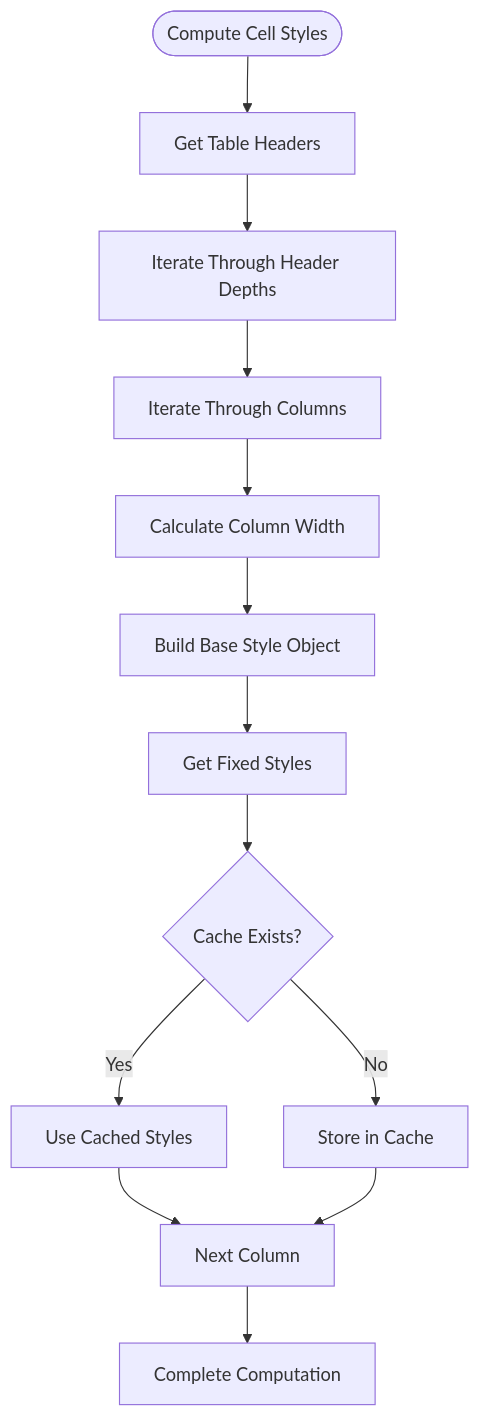
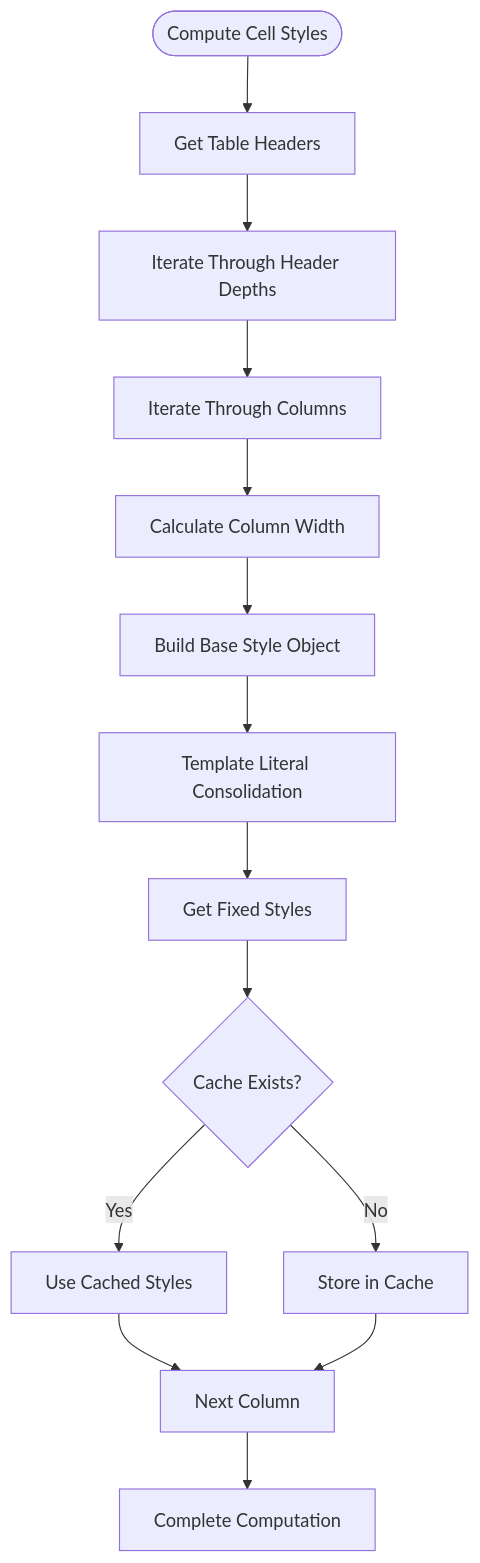
Before and after one commit to ja-plus/stk-table-vue: the third of 9 diagrams in .qoder/repowiki/en/content/Performance Optimization/Computed Style Caching.md, drawn with Mermaid. The commit also changed other lines of this file and 3 other files, not shown here.

````diff
--- a/.qoder/repowiki/en/content/Performance Optimization/Computed Style Caching.md
+++ b/.qoder/repowiki/en/content/Performance Optimization/Computed Style Caching.md
@@ -129,15 +151,16 @@
 ```mermaid
 flowchart TD
 Start([Compute Cell Styles]) --> GetHeaders[Get Table Headers]
 GetHeaders --> IterateDepth[Iterate Through Header Depths]
 IterateDepth --> IterateCols[Iterate Through Columns]
 IterateCols --> CalcWidth[Calculate Column Width]
 CalcWidth --> BuildStyle[Build Base Style Object]
-BuildStyle --> GetFixed[Get Fixed Styles]
+BuildStyle --> TemplateConsolidation[Template Literal Consolidation]
+TemplateConsolidation --> GetFixed[Get Fixed Styles]
 GetFixed --> CacheCheck{Cache Exists?}
 CacheCheck --> |Yes| UseCached[Use Cached Styles]
 CacheCheck --> |No| StoreCache[Store in Cache]
 UseCached --> NextCol[Next Column]
 StoreCache --> NextCol
 NextCol --> Done[Complete Computation]
 ```
````
